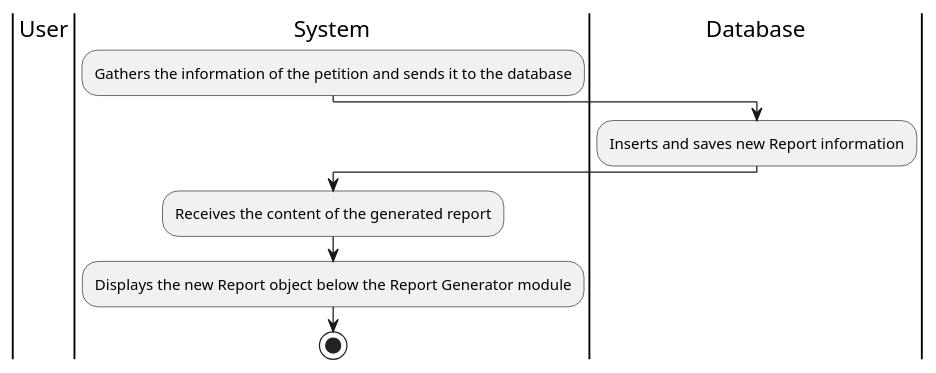
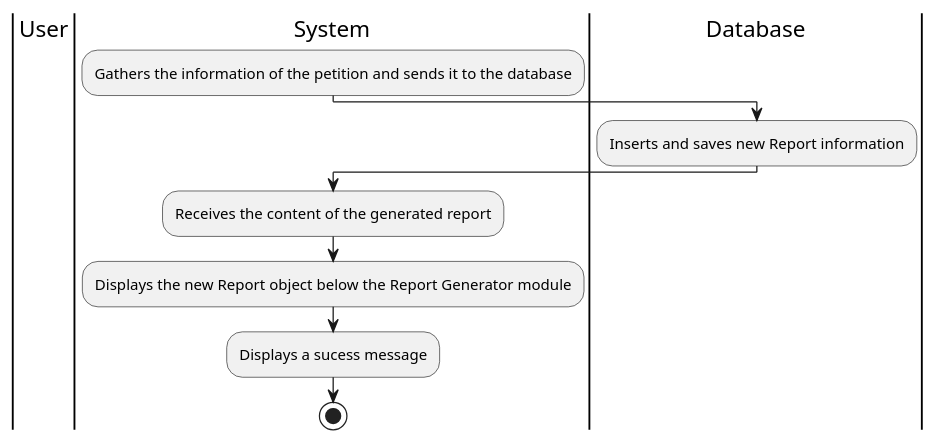
Before and after one commit to Berthou05/LimboSoftwareDevelopment_Change.org: the diagram in documentation/activity_diagrams/REP-01-03-ActivityDiagram.puml, drawn with PlantUML. The commit also changed 8 other files, not shown here.

Commit message:
[DOCS]: Correction of Activity Diagrams. Addition of ADMIN-02 AD.

```diff
--- a/documentation/activity_diagrams/REP-01-03-ActivityDiagram.puml
+++ b/documentation/activity_diagrams/REP-01-03-ActivityDiagram.puml
@@ -1,14 +1,15 @@
 @startuml
 |User|
 |System|
 :Gathers the information of the petition and sends it to the database;
 
 |Database|
 :Inserts and saves new Report information;
 
 |System|
 :Receives the content of the generated report;
 :Displays the new Report object below the Report Generator module;
+:Displays a sucess message;
 stop
 
 @enduml
```
